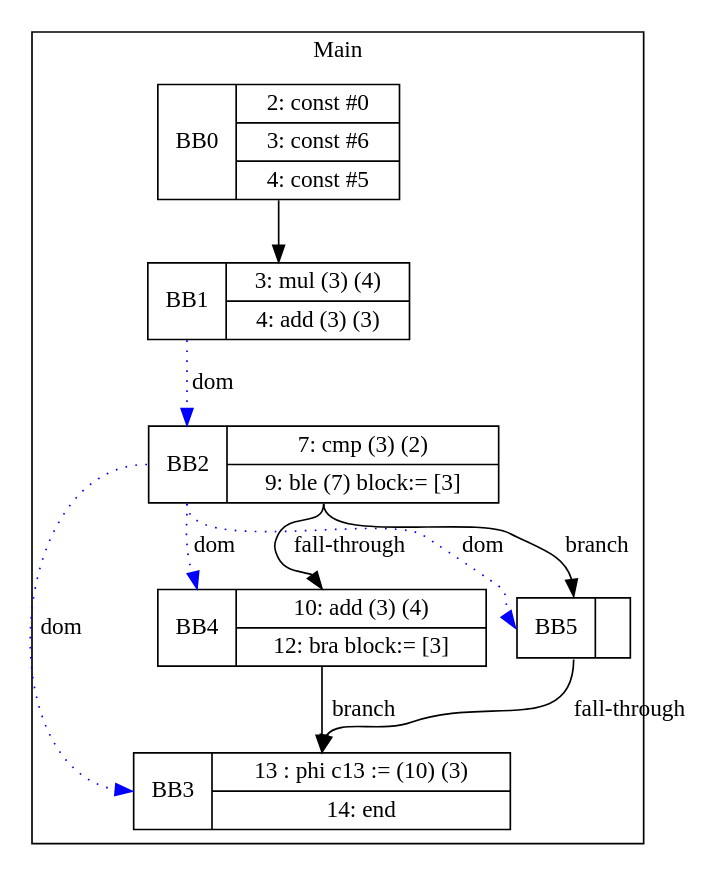
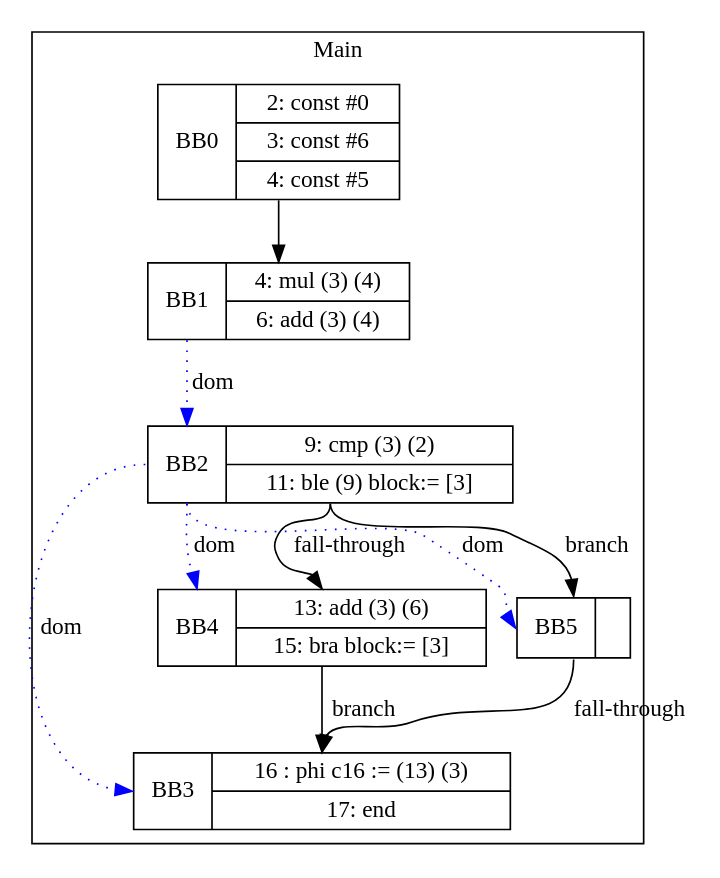
The diagram in visualization/Ricky/ifTests/iftest.gv (zjc664656505/UCI-CS241-Advanced-Compiler-main), drawn with Graphviz before and after one commit. The commit also changed 62 other files, not shown here.

```diff
--- a/visualization/Ricky/ifTests/iftest.gv
+++ b/visualization/Ricky/ifTests/iftest.gv
@@ -1,21 +1,21 @@
 digraph G {
 node [shape=record];
 subgraph cluster_main{
 label = "Main";
 BB0 [shape=record, label="<b>BB0|{2: const #0|3: const #6|4: const #5}"];
-BB1 [shape=record, label="<b>BB1|{3: mul (3) (4)|4: add (3) (3)}"];
-BB2 [shape=record, label="<b>BB2|{7: cmp (3) (2)|9: ble (7) block:= [3]}"];
-BB3 [shape=record, label="<b>BB3|{13 : phi c13 := (10) (3)|14: end}"];
-BB4 [shape=record, label="<b>BB4|{10: add (3) (4)|12: bra block:= [3]}"];
+BB1 [shape=record, label="<b>BB1|{4: mul (3) (4)|6: add (3) (4)}"];
+BB2 [shape=record, label="<b>BB2|{9: cmp (3) (2)|11: ble (9) block:= [3]}"];
+BB3 [shape=record, label="<b>BB3|{16 : phi c16 := (13) (3)|17: end}"];
+BB4 [shape=record, label="<b>BB4|{13: add (3) (6)|15: bra block:= [3]}"];
 BB5 [shape=record, label="<b>BB5|}"];
 }
 BB0:s -> BB1:n ;
 BB2:b -> BB3:b [color=blue, style=dotted, label="dom"];
 BB2:b -> BB4:b [color=blue, style=dotted, label="dom"];
 BB1:b -> BB2:b [color=blue, style=dotted, label="dom"];
 BB2:b -> BB5:b [color=blue, style=dotted, label="dom"];
 BB2:s -> BB5:n [label="branch"];
 BB4:s -> BB3:n [label="branch"];
 BB5:s -> BB3:n [label="fall-through"];
 BB2:s -> BB4:n [label="fall-through"];
 }
```
